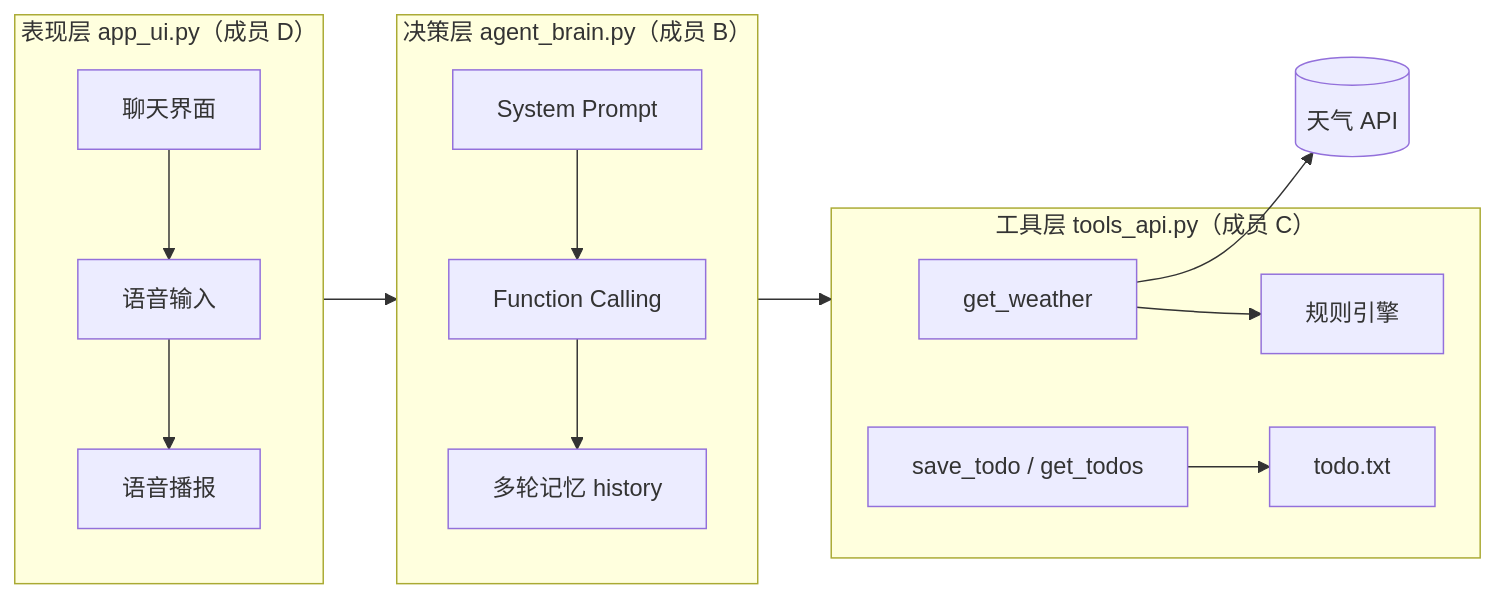
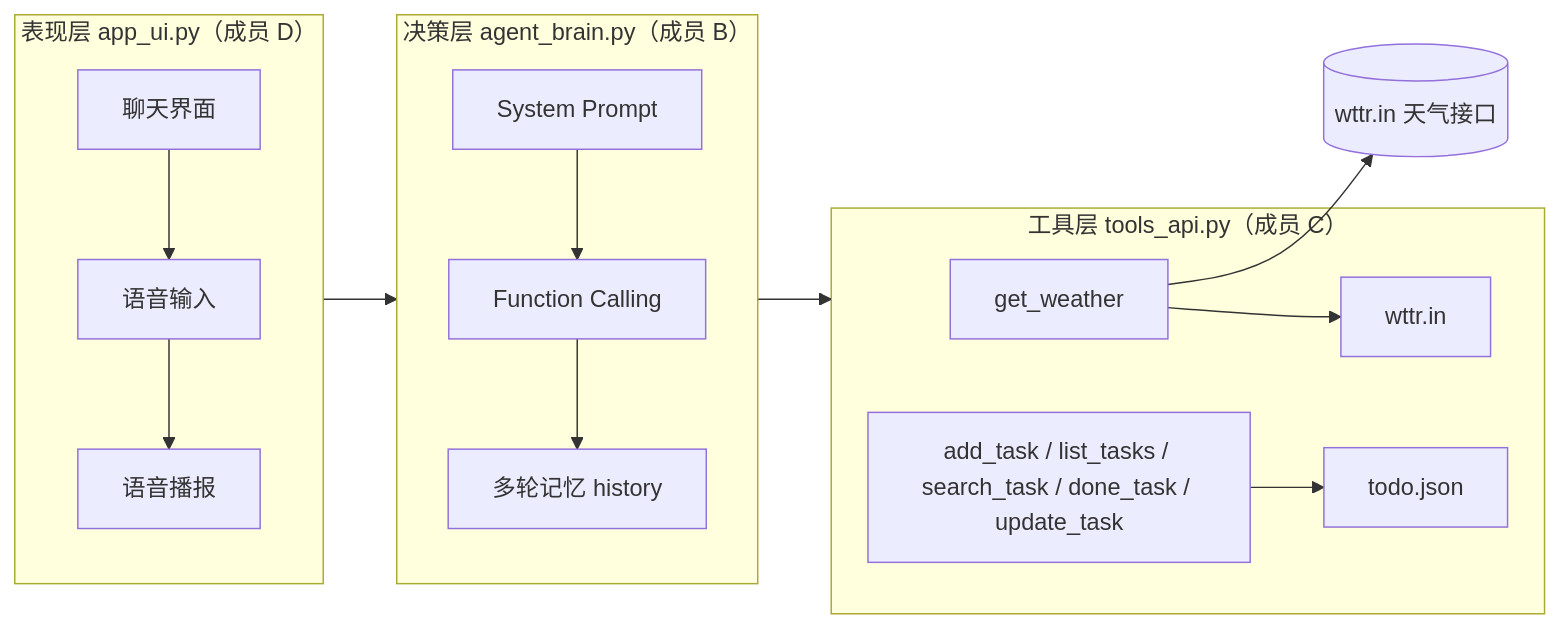
Before and after one commit to LB-CC-summer/ai-agent-life-butler: the third of 3 diagrams in docs.md, drawn with Mermaid. The commit also changed other lines of this file and 10 other files, not shown here.

````diff
--- a/docs.md
+++ b/docs.md
@@ -193,16 +198,16 @@
 ```mermaid
 flowchart LR
     subgraph UI["表现层 app_ui.py（成员 D）"]
         A1[聊天界面] --> A2[语音输入] --> A3[语音播报]
     end
     subgraph BRAIN["决策层 agent_brain.py（成员 B）"]
         B1[System Prompt] --> B2[Function Calling]
         B2 --> B3[多轮记忆 history]
     end
     subgraph TOOLS["工具层 tools_api.py（成员 C）"]
-        C1[get_weather] --> C2[规则引擎]
-        C3[save_todo / get_todos] --> C4[todo.txt]
+        C1[get_weather] --> C5[wttr.in]
+        C3[add_task / list_tasks / search_task / done_task / update_task] --> C4[todo.json]
     end
     UI --> BRAIN --> TOOLS
-    C1 --> EXT[(天气 API)]
+    C1 --> EXT[(wttr.in 天气接口)]
 ```
````
